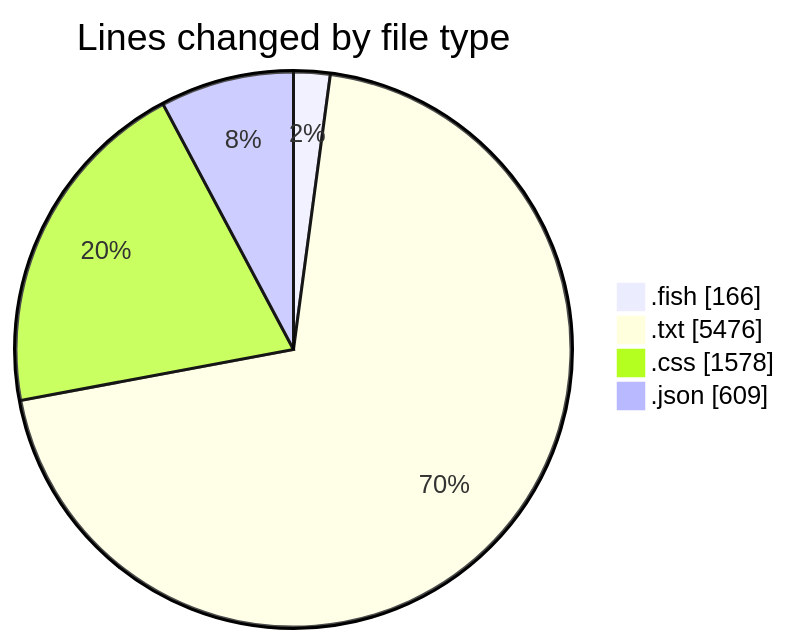
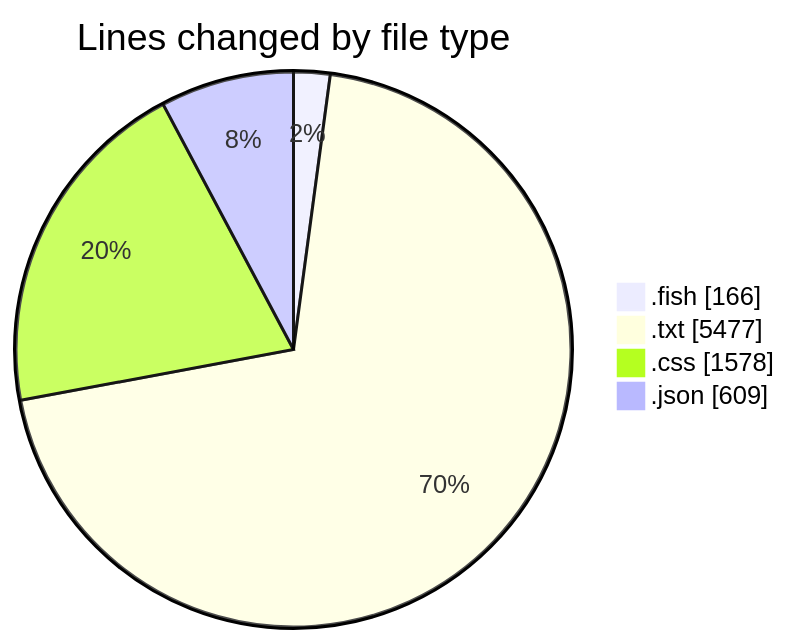
The first of 2 diagrams in 2025-07-21/fish/README.md (EIIisD/code-tracking), drawn with Mermaid before and after one commit. The commit also changed other lines of this file and 1 other file, not shown here.

````diff
--- a/2025-07-21/fish/README.md
+++ b/2025-07-21/fish/README.md
@@ -24,8 +24,8 @@
 ```mermaid
 pie showData
 title Lines changed by file type
 ".fish" : 166
-".txt" : 5476
+".txt" : 5477
 ".css" : 1578
 ".json" : 609
 ```
````
